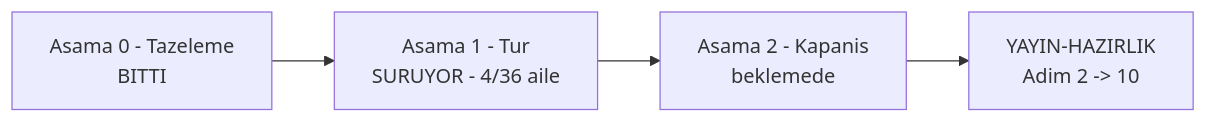
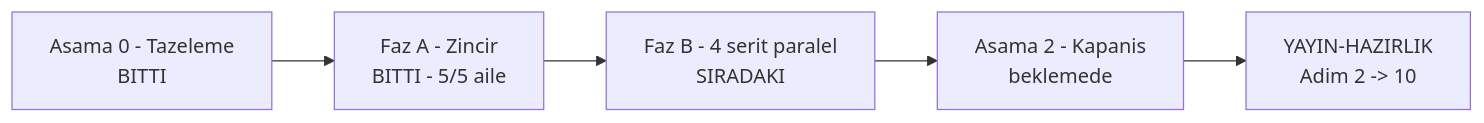
The diagram in docs/manuel-test/kosumlar/2026-09-16/DEVIR.md (farukatasoy/Tracon), drawn with Mermaid before and after one commit. The commit also changed other lines of this file and 2 other files, not shown here.

````diff
--- a/docs/manuel-test/kosumlar/2026-09-16/DEVIR.md
+++ b/docs/manuel-test/kosumlar/2026-09-16/DEVIR.md
@@ -32,6 +34,7 @@
 ```mermaid
 flowchart LR
-    A["Asama 0 - Tazeleme<br/>BITTI"] --> B["Asama 1 - Tur<br/>SURUYOR - 4/36 aile"]
-    B --> C["Asama 2 - Kapanis<br/>beklemede"]
-    C --> D["YAYIN-HAZIRLIK<br/>Adim 2 -> 10"]
+    A["Asama 0 - Tazeleme<br/>BITTI"] --> B["Faz A - Zincir<br/>BITTI - 5/5 aile"]
+    B --> C["Faz B - 4 serit paralel<br/>SIRADAKI"]
+    C --> D["Asama 2 - Kapanis<br/>beklemede"]
+    D --> E["YAYIN-HAZIRLIK<br/>Adim 2 -> 10"]
 ```
````
